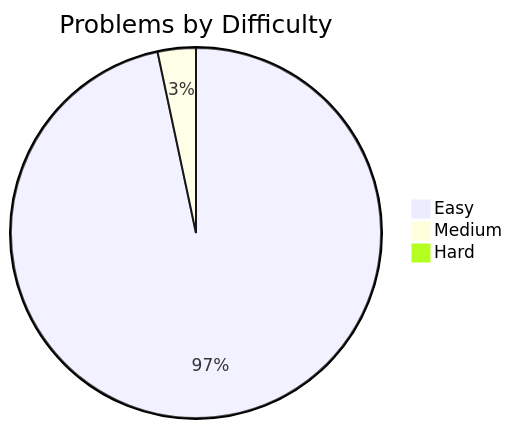
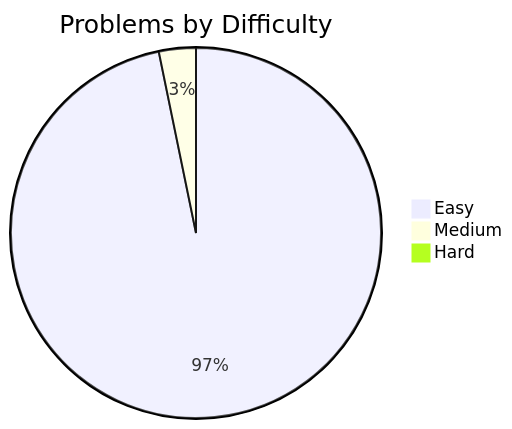
One commit to davelin18yufan/leetcode-journal changed the diagram in README.md. Above: the diagram before and after it, drawn with Mermaid. The commit also changed other lines of this file and 6 other files, not shown here.

````diff
--- a/README.md
+++ b/README.md
@@ -7,7 +7,7 @@
 ```mermaid
 pie
     title Problems by Difficulty
-    "Easy" : 29
+    "Easy" : 30
     "Medium" : 1
     "Hard" : 0
 ```
````
